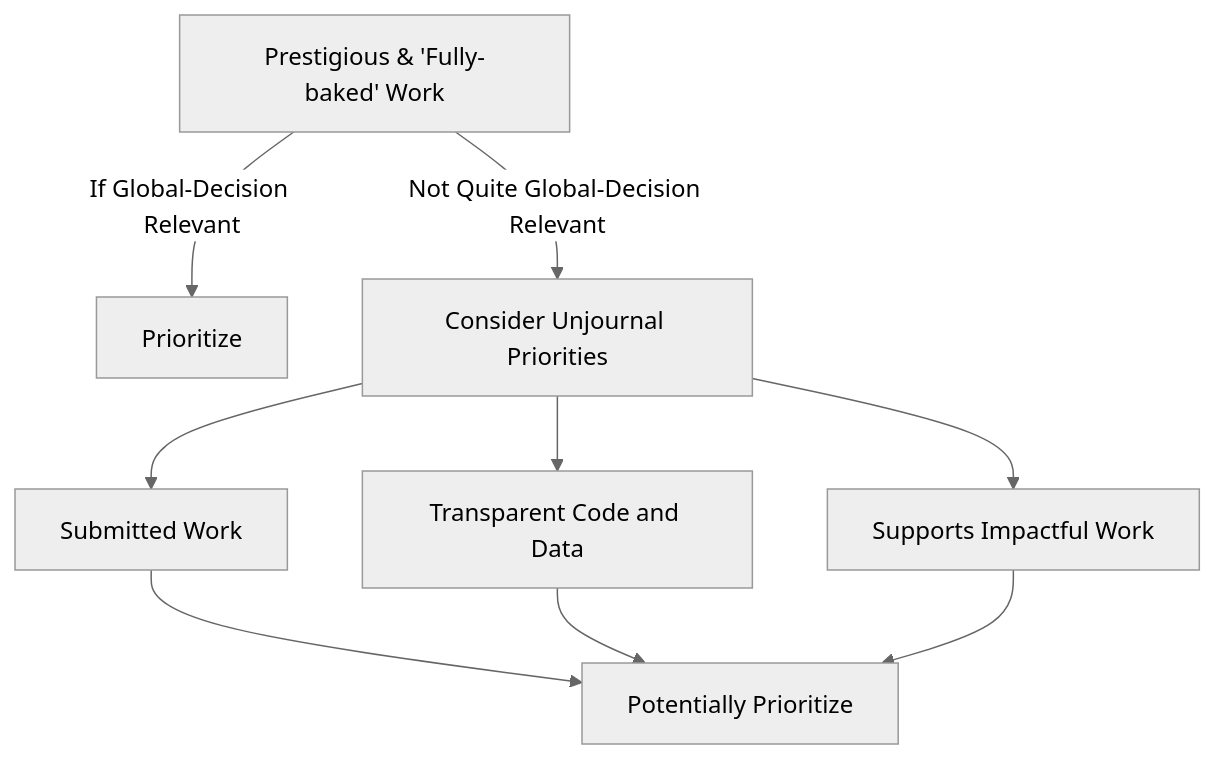
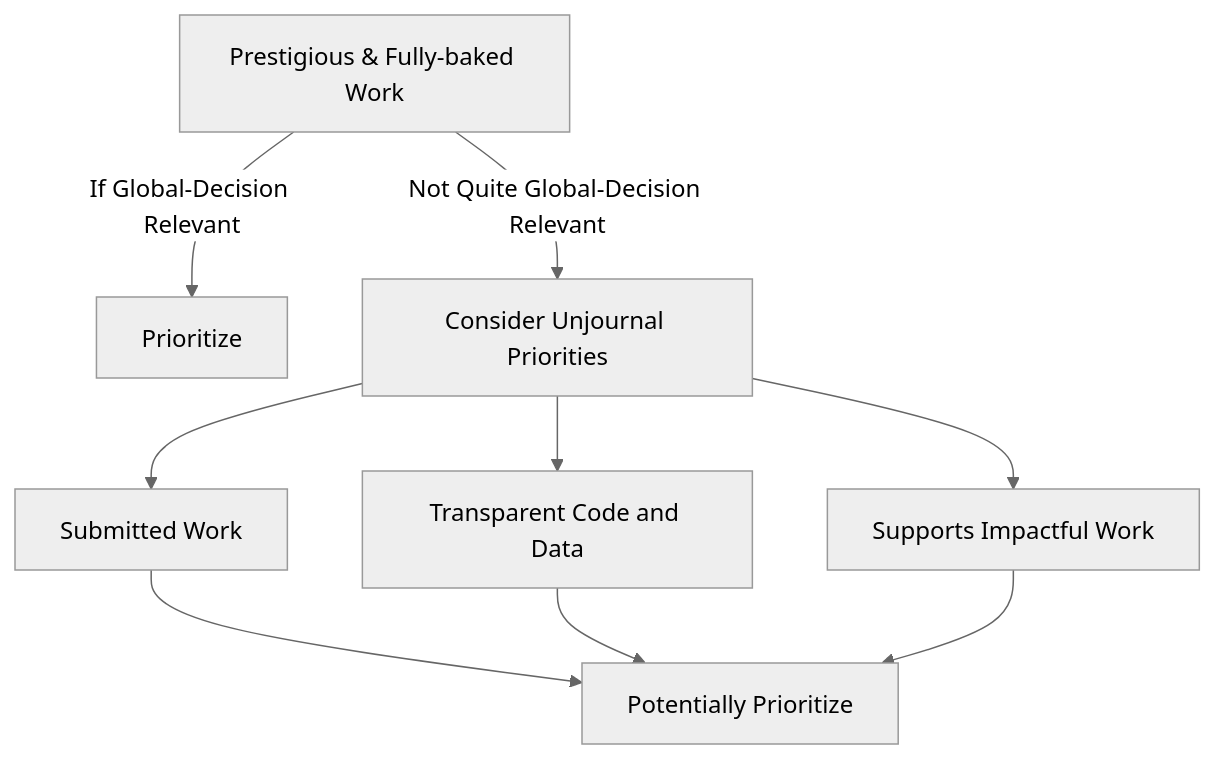
The first of 2 diagrams in policies-projects-evaluation-workflow/considering-projects/process-prioritizing-research-wip/prioritization-ratings-discussion.md (unjournal/unjournal_gitbook), drawn with Mermaid (neutral theme) before and after one commit. The commit also changed other lines of this file, not shown here.

Commit message:
GITBOOK-371: change request with no subject merged in GitBook

````diff
--- a/policies-projects-evaluation-workflow/considering-projects/process-prioritizing-research-wip/prioritization-ratings-discussion.md
+++ b/policies-projects-evaluation-workflow/considering-projects/process-prioritizing-research-wip/prioritization-ratings-discussion.md
@@ -44,16 +44,16 @@
 ```mermaid
 graph TD
-    A[Prestigious & 'Fully-baked' Work]
+    A[Prestigious & Fully-baked Work]
     A -->|If Global-Decision Relevant| B[Prioritize]
     A -->|Not Quite Global-Decision Relevant| C[Consider Unjournal Priorities]
     C --> C1[Submitted Work]
     C --> C2[Transparent Code and Data]
     C --> C3[Supports Impactful Work]
 
     C1 --> D[Potentially Prioritize]
     C2 --> D
     C3 --> D
 
 
 
 ```
````
